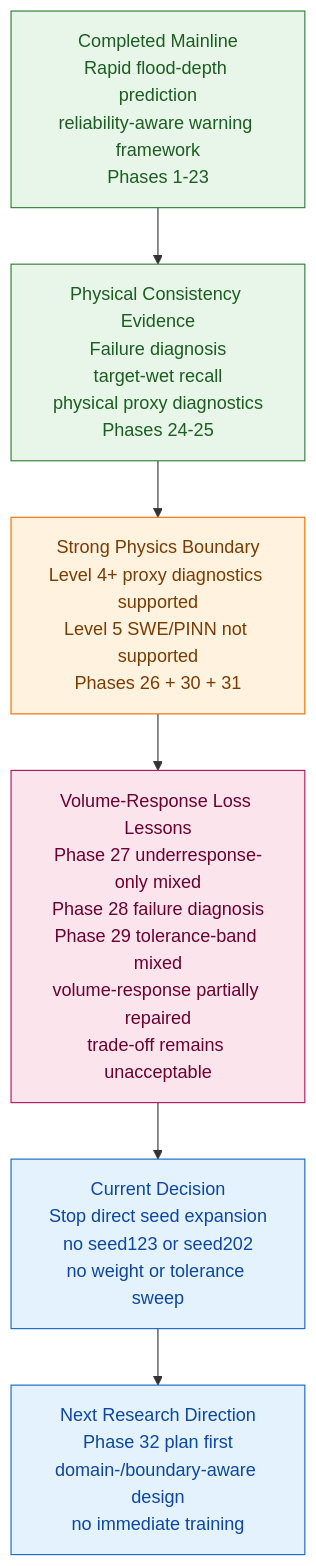
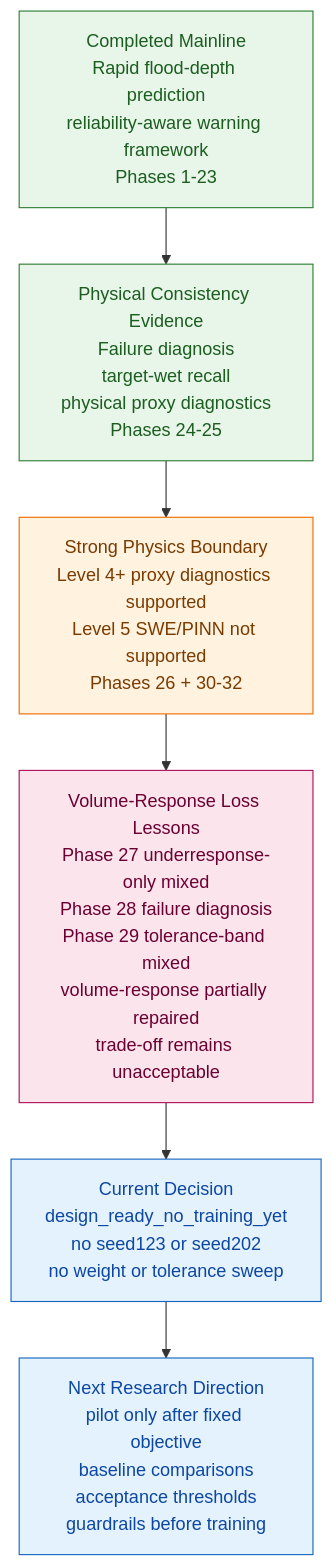
One commit to HolyLin990604/physics-guided-urban-flood-prediction changed the third of 3 diagrams in README.md. Above: the diagram before and after it, drawn with Mermaid. The commit also changed other lines of this file and 2 other files, not shown here.

Commit message:
docs: sync phase32 domain boundary status

````diff
--- a/README.md
+++ b/README.md
@@ -452,16 +456,16 @@
 ```mermaid
 flowchart TD
     A["Completed Mainline<br/>Rapid flood-depth prediction<br/>reliability-aware warning framework<br/>Phases 1-23"]:::completed
     B["Physical Consistency Evidence<br/>Failure diagnosis<br/>target-wet recall<br/>physical proxy diagnostics<br/>Phases 24-25"]:::completed
-    C["Strong Physics Boundary<br/>Level 4+ proxy diagnostics supported<br/>Level 5 SWE/PINN not supported<br/>Phases 26 + 30 + 31"]:::boundary
+    C["Strong Physics Boundary<br/>Level 4+ proxy diagnostics supported<br/>Level 5 SWE/PINN not supported<br/>Phases 26 + 30-32"]:::boundary
     D["Volume-Response Loss Lessons<br/>Phase 27 underresponse-only mixed<br/>Phase 28 failure diagnosis<br/>Phase 29 tolerance-band mixed<br/>volume-response partially repaired<br/>trade-off remains unacceptable"]:::diagnosis
-    E["Current Decision<br/>Stop direct seed expansion<br/>no seed123 or seed202<br/>no weight or tolerance sweep"]:::current
-    F["Next Research Direction<br/>Phase 32 plan first<br/>domain-/boundary-aware design<br/>no immediate training"]:::current
+    E["Current Decision<br/>design_ready_no_training_yet<br/>no seed123 or seed202<br/>no weight or tolerance sweep"]:::current
+    F["Next Research Direction<br/>pilot only after fixed objective<br/>baseline comparisons<br/>acceptance thresholds<br/>guardrails before training"]:::current
 
     A --> B --> C --> D --> E --> F
 
     classDef completed fill:#e8f5e9,stroke:#2e7d32,color:#1b5e20
     classDef boundary fill:#fff3e0,stroke:#ef6c00,color:#7a3b00
     classDef diagnosis fill:#fce4ec,stroke:#ad1457,color:#6a0032
     classDef current fill:#e3f2fd,stroke:#1565c0,color:#0d47a1
 ```
````
